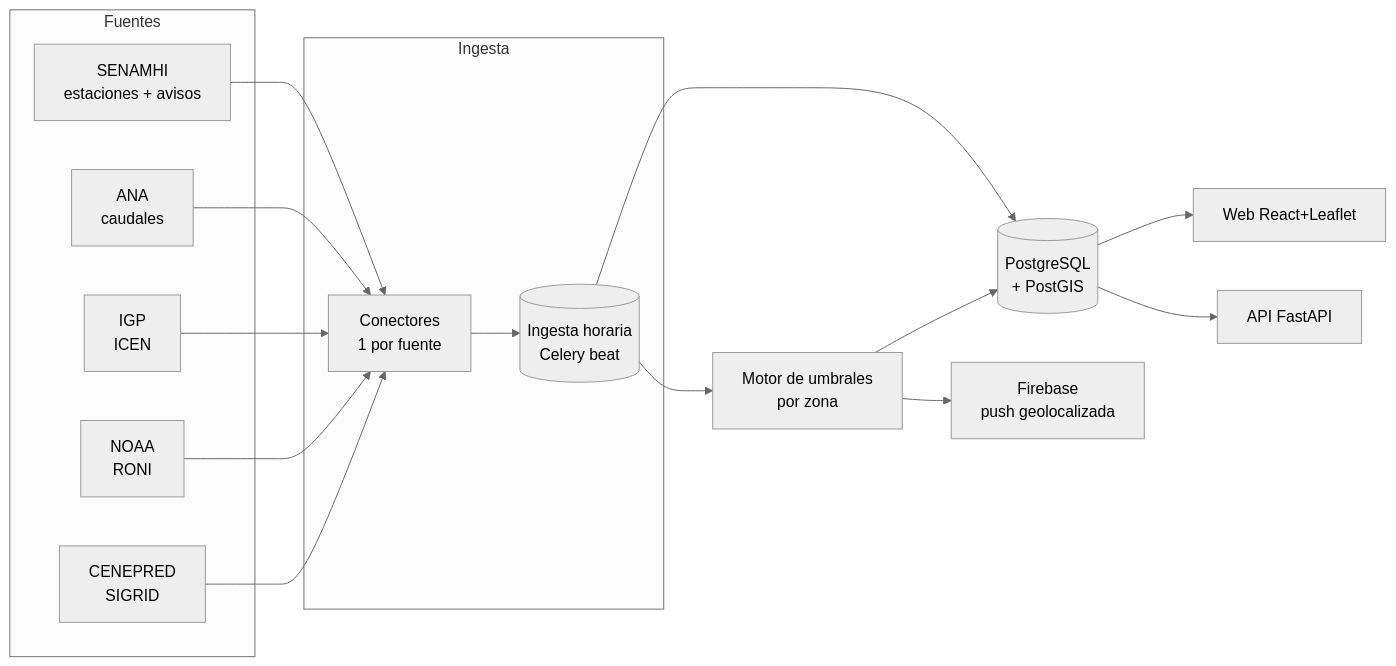
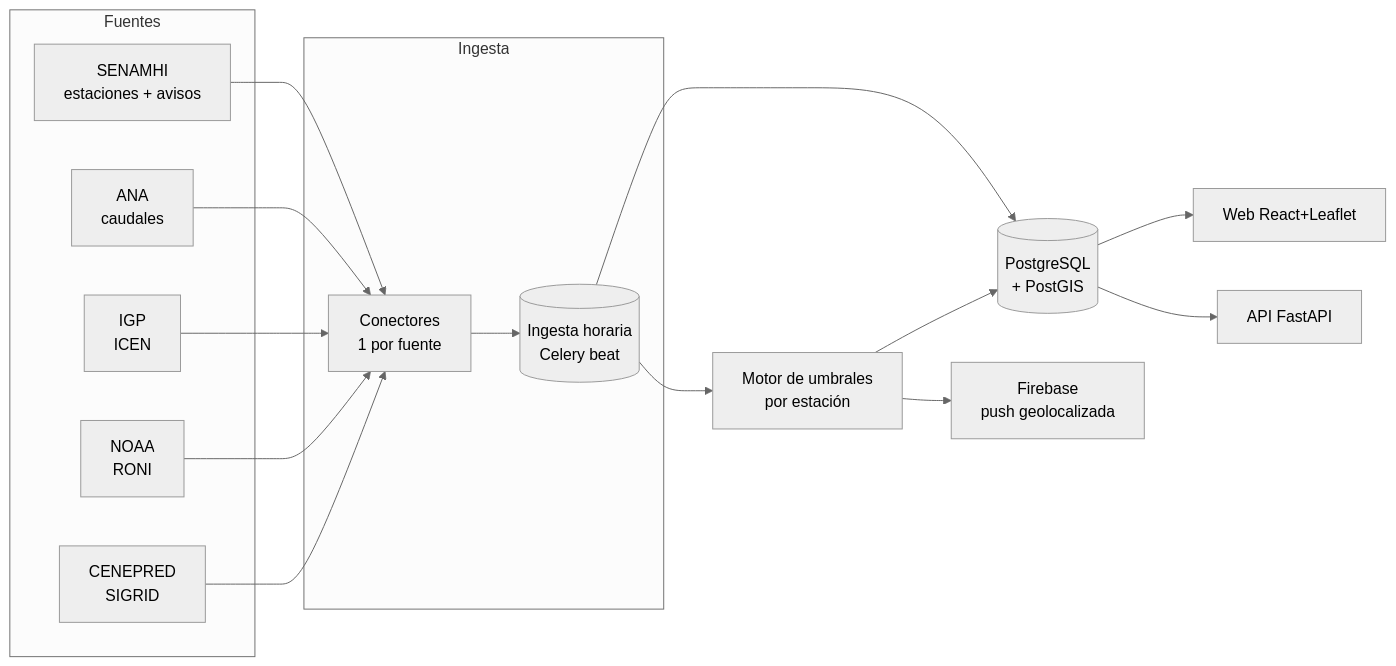
One commit to Federjj/SIMPAC changed the diagram in docs/README-tecnico.md. Above: the diagram before and after it, drawn with Mermaid (neutral theme). The commit also changed other lines of this file and 26 other files, not shown here.

````diff
--- a/docs/README-tecnico.md
+++ b/docs/README-tecnico.md
@@ -95,25 +95,25 @@
 ```mermaid
 flowchart LR
   subgraph Fuentes
     S[SENAMHI\nestaciones + avisos]
     A[ANA\ncaudales]
     I[IGP\nICEN]
     N[NOAA\nRONI]
     C[CENEPRED\nSIGRID]
   end
   subgraph Ingesta
     K[Conectores\n1 por fuente]
     J[(Ingesta horaria\nCelery beat)]
   end
   DB[(PostgreSQL\n+ PostGIS)]
-  M[Motor de umbrales\npor zona]
+  M[Motor de umbrales\npor estación]
   API[API FastAPI]
   W[Web React+Leaflet]
   F[Firebase\npush geolocalizada]
 
   S & A & I & N & C --> K --> J --> DB
   J --> M --> DB
   DB --> W
   DB --> API
   M --> F
 ```
````
